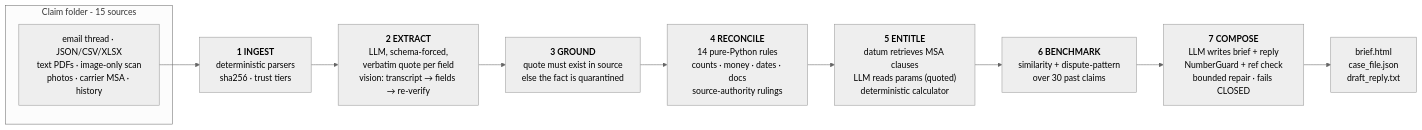
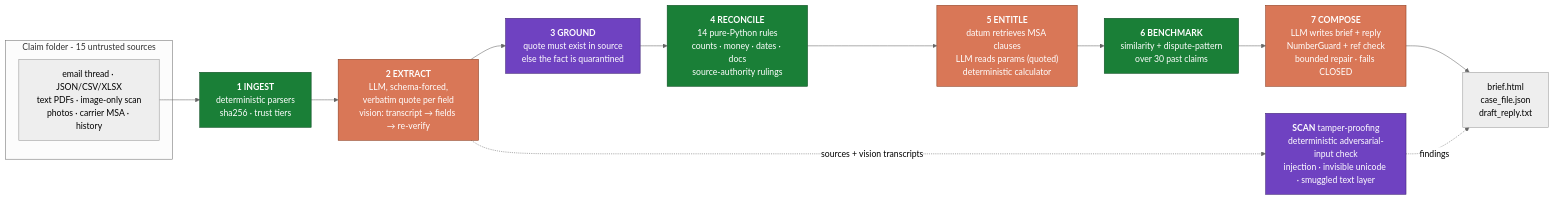
One commit to COLONAYUSH/ClaimPilot changed the diagram in README.md. Above: the diagram before and after it, drawn with Mermaid (neutral theme). The commit also changed other lines of this file and 15 other files, not shown here.

Commit message:
Show the tamper-proofing scan in the architecture diagram and flow

````diff
--- a/README.md
+++ b/README.md
@@ -190,14 +190,24 @@
 ```mermaid
 flowchart LR
-    subgraph folder["Claim folder - 15 sources"]
+    subgraph folder["Claim folder - 15 untrusted sources"]
         s1["email thread · JSON/CSV/XLSX<br/>text PDFs · image-only scan<br/>photos · carrier MSA · history"]
     end
     s1 --> A["<b>1 INGEST</b><br/>deterministic parsers<br/>sha256 · trust tiers"]
     A --> B["<b>2 EXTRACT</b><br/>LLM, schema-forced,<br/>verbatim quote per field<br/>vision: transcript → fields → re-verify"]
     B --> C["<b>3 GROUND</b><br/>quote must exist in source<br/>else the fact is quarantined"]
     C --> D["<b>4 RECONCILE</b><br/>14 pure-Python rules<br/>counts · money · dates · docs<br/>source-authority rulings"]
     D --> E["<b>5 ENTITLE</b><br/>datum retrieves MSA clauses<br/>LLM reads params (quoted)<br/>deterministic calculator"]
     E --> F["<b>6 BENCHMARK</b><br/>similarity + dispute-pattern<br/>over 30 past claims"]
     F --> G["<b>7 COMPOSE</b><br/>LLM writes brief + reply<br/>NumberGuard + ref check<br/>bounded repair · fails CLOSED"]
     G --> H["brief.html<br/>case_file.json<br/>draft_reply.txt"]
+
+    B -. sources + vision transcripts .-> SEC["<b>SCAN</b> tamper-proofing<br/>deterministic adversarial-input check<br/>injection · invisible unicode · smuggled text layer"]
+    SEC -. findings .-> H
+
+    classDef llm fill:#D97757,stroke:#8a3b1e,color:#fff;
+    classDef det fill:#1a7f37,stroke:#0b4a20,color:#fff;
+    classDef guard fill:#6f42c1,stroke:#3f2374,color:#fff;
+    class B,E,G llm;
+    class A,D,F det;
+    class C,SEC guard;
 ```
````
